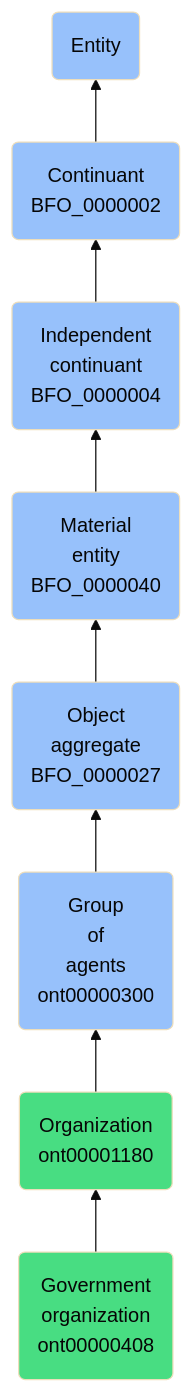
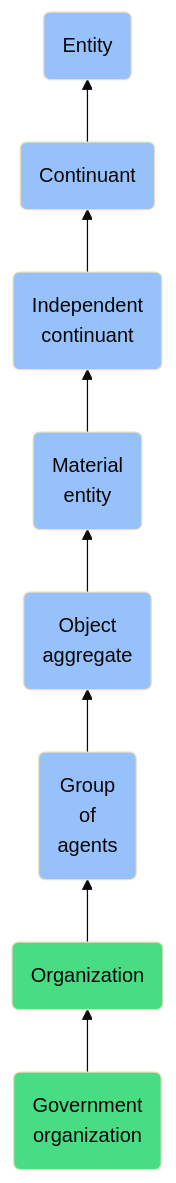
One commit to jupyter-naas/abi changed the diagram in docs/ontology/reference/model/Entity/Continuant/Independent continuant/Material entity/Object aggregate/Group of agents/Organization/Government organization/Government organization.md. Above: the diagram before and after it, drawn with Mermaid (base theme). The commit also changed other lines of this file and 1430 other files, not shown here.

````diff
--- a/docs/ontology/reference/model/Entity/Continuant/Independent continuant/Material entity/Object aggregate/Group of agents/Organization/Government organization/Government organization.md
+++ b/docs/ontology/reference/model/Entity/Continuant/Independent continuant/Material entity/Object aggregate/Group of agents/Organization/Government organization/Government organization.md
@@ -24,15 +24,15 @@
 ```mermaid
 graph BT
-    ont00000408(Government<br>organization<br>ont00000408):::ABI-->ont00001180
-    ont00001180(Organization<br>ont00001180):::ABI-->ont00000300
-    ont00000300(Group<br>of<br>agents<br>ont00000300):::BFO-->BFO_0000027
-    BFO_0000027(Object<br>aggregate<br>BFO_0000027):::BFO-->BFO_0000040
-    BFO_0000040(Material<br>entity<br>BFO_0000040):::BFO-->BFO_0000004
-    BFO_0000004(Independent<br>continuant<br>BFO_0000004):::BFO-->BFO_0000002
-    BFO_0000002(Continuant<br>BFO_0000002):::BFO-->BFO_0000001
+    ont00000408(Government<br>organization):::ABI-->ont00001180
+    ont00001180(Organization):::ABI-->ont00000300
+    ont00000300(Group<br>of<br>agents):::BFO-->BFO_0000027
+    BFO_0000027(Object<br>aggregate):::BFO-->BFO_0000040
+    BFO_0000040(Material<br>entity):::BFO-->BFO_0000004
+    BFO_0000004(Independent<br>continuant):::BFO-->BFO_0000002
+    BFO_0000002(Continuant):::BFO-->BFO_0000001
     BFO_0000001(Entity):::BFO
     
     classDef BFO fill:#97c1fb,color:#060606
     classDef CCO fill:#e4c51e,color:#060606
     classDef ABI fill:#48DD82,color:#060606
 ```
````
